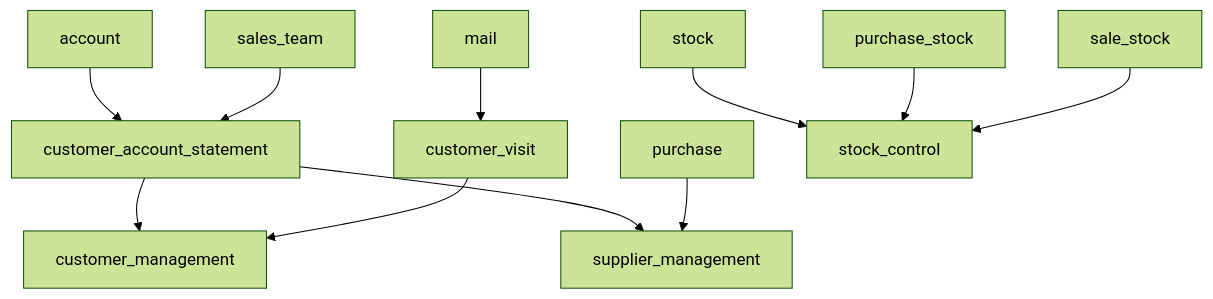
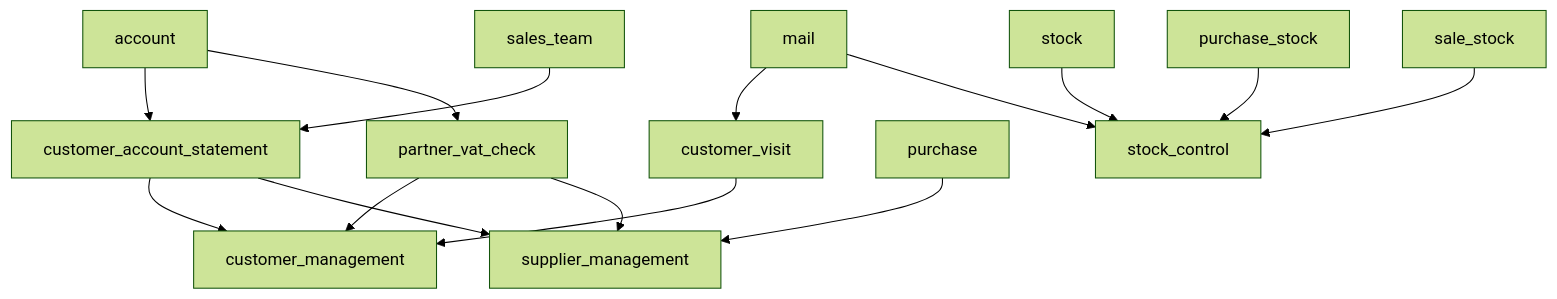
One commit to Danito90/custom_addons changed the diagram in README.md. Above: the diagram before and after it, drawn with Mermaid (forest theme). The commit also changed other lines of this file and 1 other file, not shown here.

````diff
--- a/README.md
+++ b/README.md
@@ -19,13 +20,17 @@
 ```mermaid
 graph TD
     account --> customer_account_statement
     sales_team --> customer_account_statement
     mail --> customer_visit
+    account --> partner_vat_check
     customer_account_statement --> customer_management
     customer_visit --> customer_management
+    partner_vat_check --> customer_management
     customer_account_statement --> supplier_management
     purchase --> supplier_management
+    partner_vat_check --> supplier_management
     stock --> stock_control
     purchase_stock --> stock_control
     sale_stock --> stock_control
+    mail --> stock_control
 ```
````
